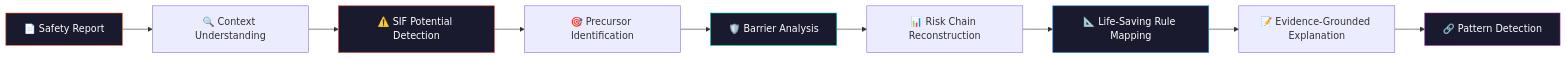
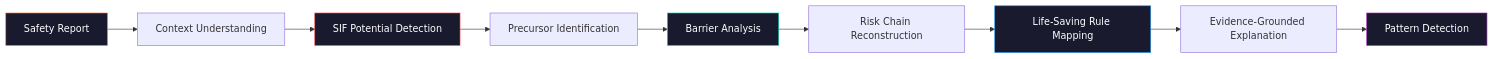
Before and after one commit to AkankshaShirke3107/PRAVAYA: the first of 4 diagrams in README.md, drawn with Mermaid. The commit also changed other lines of this file, not shown here.

````diff
--- a/README.md
+++ b/README.md
@@ -187,17 +187,17 @@
 ```mermaid
 flowchart LR
-    A["📄 Safety Report"] --> B["🔍 Context Understanding"]
-    B --> C["⚠️ SIF Potential Detection"]
-    C --> D["🎯 Precursor Identification"]
-    D --> E["🛡️ Barrier Analysis"]
-    E --> F["📊 Risk Chain Reconstruction"]
-    F --> G["📐 Life-Saving Rule Mapping"]
-    G --> H["📝 Evidence-Grounded Explanation"]
-    H --> I["🔗 Pattern Detection"]
+    A["Safety Report"] --> B["Context Understanding"]
+    B --> C["SIF Potential Detection"]
+    C --> D["Precursor Identification"]
+    D --> E["Barrier Analysis"]
+    E --> F["Risk Chain Reconstruction"]
+    F --> G["Life-Saving Rule Mapping"]
+    G --> H["Evidence-Grounded Explanation"]
+    H --> I["Pattern Detection"]
 
     style A fill:#1a1a2e,stroke:#FF6B35,color:#fff
     style C fill:#1a1a2e,stroke:#FF4444,color:#fff
     style E fill:#1a1a2e,stroke:#00D4AA,color:#fff
     style G fill:#1a1a2e,stroke:#2196F3,color:#fff
     style I fill:#1a1a2e,stroke:#9C27B0,color:#fff
 ```
````
